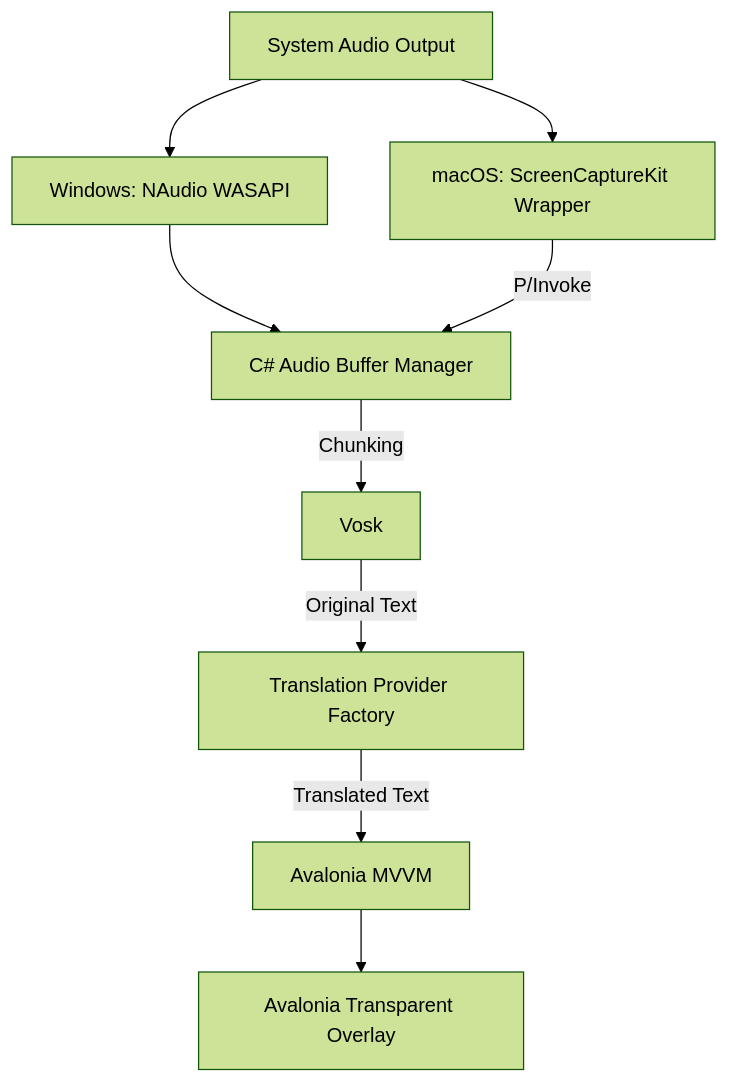
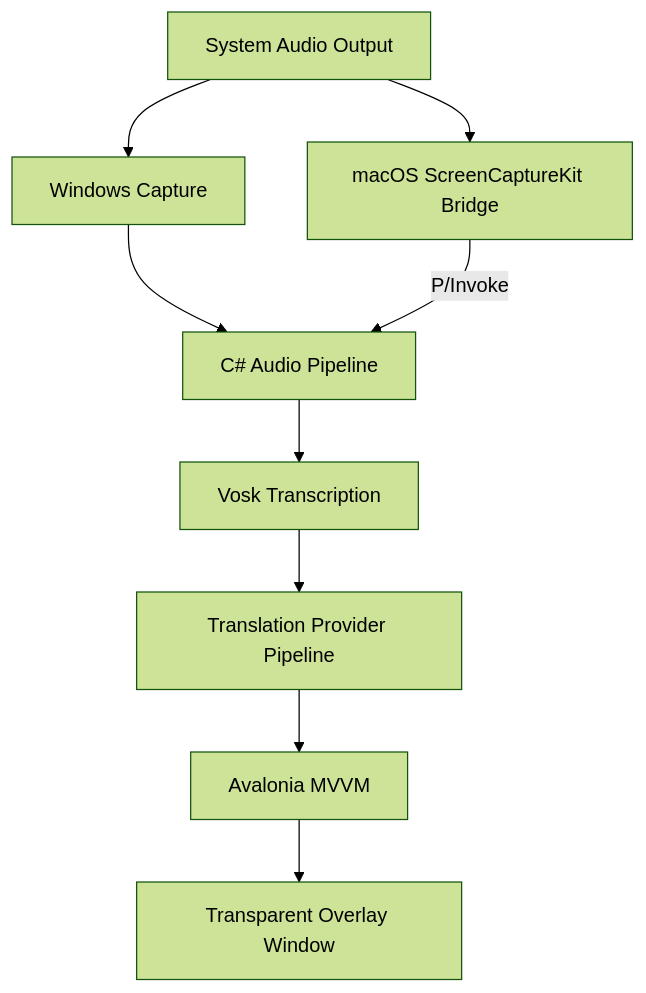
Before and after one commit to taitranhuu2302/sublingual: the diagram in README.md, drawn with Mermaid (forest theme). The commit also changed other lines of this file and 19 other files, not shown here.

````diff
--- a/README.md
+++ b/README.md
@@ -58,13 +123,13 @@
 ```mermaid
 graph TD
-    SystemAudio[System Audio Output] --> WinAudio[Windows: NAudio WASAPI]
-    SystemAudio --> MacAudio[macOS: ScreenCaptureKit Wrapper]
+    SystemAudio[System Audio Output] --> WinAudio[Windows Capture]
+    SystemAudio --> MacAudio[macOS ScreenCaptureKit Bridge]
 
-    WinAudio --> AudioBuffer[C# Audio Buffer Manager]
+    WinAudio --> AudioBuffer[C# Audio Pipeline]
     MacAudio -- P/Invoke --> AudioBuffer
 
-    AudioBuffer -- Chunking --> STT[Vosk]
-    STT -- Original Text --> Translator[Translation Provider Factory]
-    Translator -- Translated Text --> ViewModel[Avalonia MVVM]
-    ViewModel --> Overlay[Avalonia Transparent Overlay]
+    AudioBuffer --> STT[Vosk Transcription]
+    STT --> Translator[Translation Provider Pipeline]
+    Translator --> ViewModel[Avalonia MVVM]
+    ViewModel --> Overlay[Transparent Overlay Window]
 ```
````
